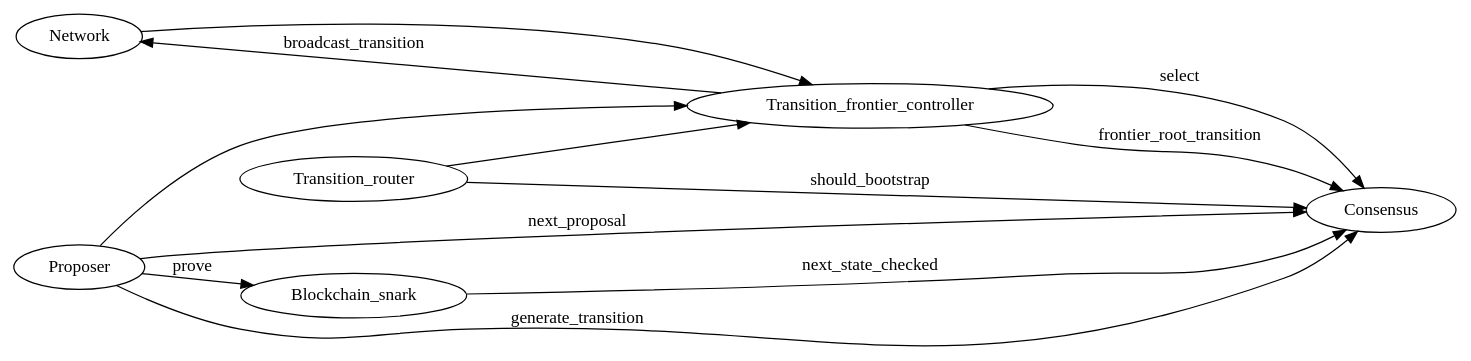
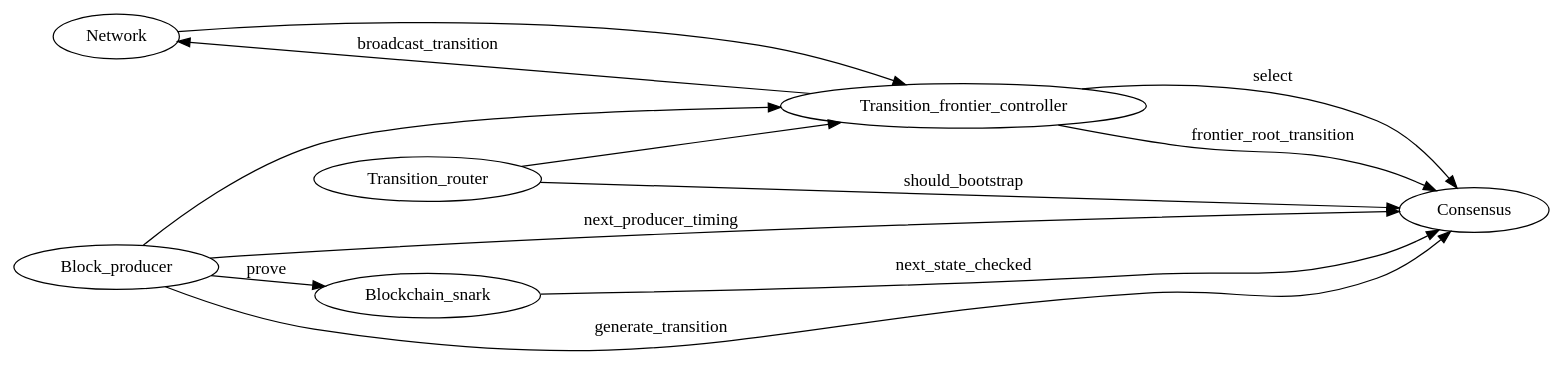
The diagram in docs/res/consensus_hooks.dot (MinaProtocol/mina), drawn with Graphviz before and after one commit. The commit also changed 85 other files, not shown here.

First line of the commit message:
Rename block proposer to block producer (#4086)

```diff
--- a/docs/res/consensus_hooks.dot
+++ b/docs/res/consensus_hooks.dot
@@ -1,21 +1,21 @@
 digraph G {
   rankdir=LR;
 
-  { rank=source; Network; Proposer }
+  { rank=source; Network; Block_producer }
   { rank=same; Transition_router; Blockchain_snark }
   { rank=sink; Consensus }
 
-  {Network, Proposer, Transition_router} -> Transition_frontier_controller;
+  {Network, Block_producer, Transition_router} -> Transition_frontier_controller;
   Transition_frontier_controller -> Network [label="broadcast_transition"];
 
   Transition_router -> Consensus [label="should_bootstrap"];
 
   Transition_frontier_controller -> Consensus [label="select"];
   Transition_frontier_controller -> Consensus [label="frontier_root_transition"];
 
-  Proposer -> Consensus [label="generate_transition"];
-  Proposer -> Consensus [label="next_proposal"];
-  Proposer -> Blockchain_snark [label="prove"];
+  Block_producer -> Consensus [label="generate_transition"];
+  Block_producer -> Consensus [label="next_producer_timing"];
+  Block_producer -> Blockchain_snark [label="prove"];
 
   Blockchain_snark -> Consensus [label="next_state_checked"];
 }
```
